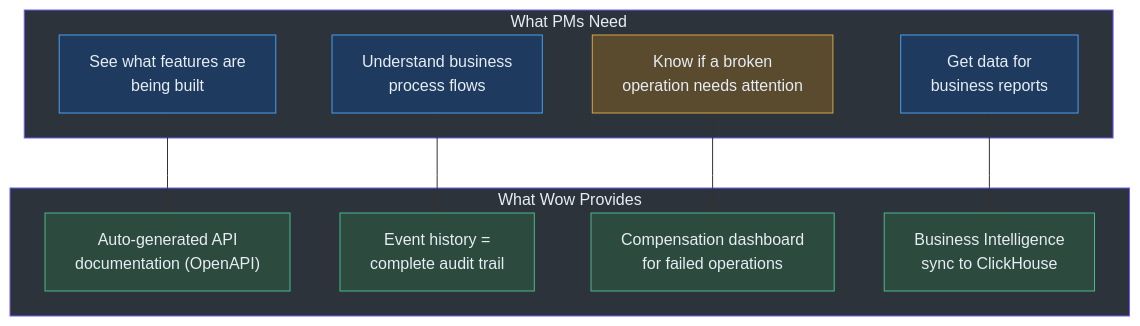
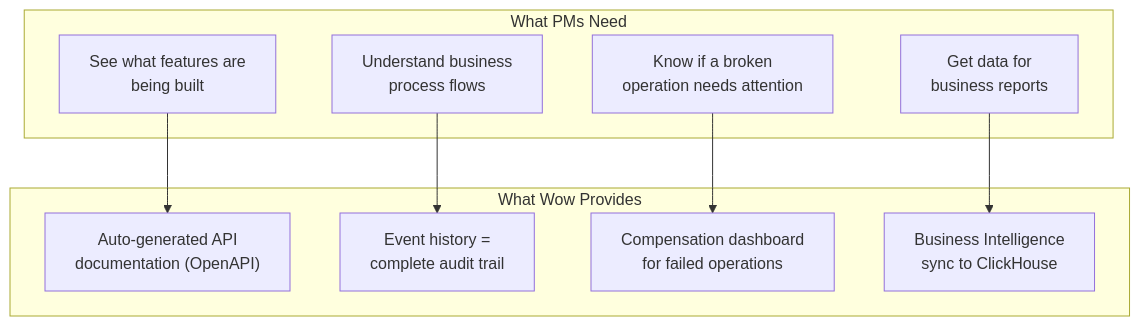
Before and after one commit to Ahoo-Wang/Wow: the fourth of 5 diagrams in documentation/docs/en/onboarding/product-manager-guide.md, drawn with Mermaid. The commit also changed other lines of this file and 32 other files, not shown here.

Commit message:
docs: remove unsupported style/classDef directives from stateDiagram-v2 Mermaid blocks

````diff
--- a/documentation/docs/en/onboarding/product-manager-guide.md
+++ b/documentation/docs/en/onboarding/product-manager-guide.md
@@ -203,32 +178,22 @@
 ```mermaid
 flowchart TB
     subgraph PMNeeds["What PMs Need"]
         N1["See what features are<br>being built"] 
         N2["Understand business<br>process flows"]
         N3["Know if a broken<br>operation needs attention"]
         N4["Get data for<br>business reports"]
     end
 
     subgraph WowProvides["What Wow Provides"]
         P1["Auto-generated API<br>documentation (OpenAPI)"]
         P2["Event history =<br>complete audit trail"]
         P3["Compensation dashboard<br>for failed operations"]
         P4["Business Intelligence<br>sync to ClickHouse"]
     end
 
     N1 --> P1
     N2 --> P2
     N3 --> P3
     N4 --> P4
 
-    style PMNeeds fill:#2d333b,stroke:#6d5dfc,color:#e6edf3
-    style WowProvides fill:#2d333b,stroke:#6d5dfc,color:#e6edf3
-    style N1 fill:#1e3a5f,stroke:#4a9eed,color:#e6edf3
-    style N2 fill:#1e3a5f,stroke:#4a9eed,color:#e6edf3
-    style N3 fill:#5a4a2e,stroke:#d4a84b,color:#e6edf3
-    style N4 fill:#1e3a5f,stroke:#4a9eed,color:#e6edf3
-    style P1 fill:#2d4a3e,stroke:#4aba8a,color:#e6edf3
-    style P2 fill:#2d4a3e,stroke:#4aba8a,color:#e6edf3
-    style P3 fill:#2d4a3e,stroke:#4aba8a,color:#e6edf3
-    style P4 fill:#2d4a3e,stroke:#4aba8a,color:#e6edf3
 ```
````
